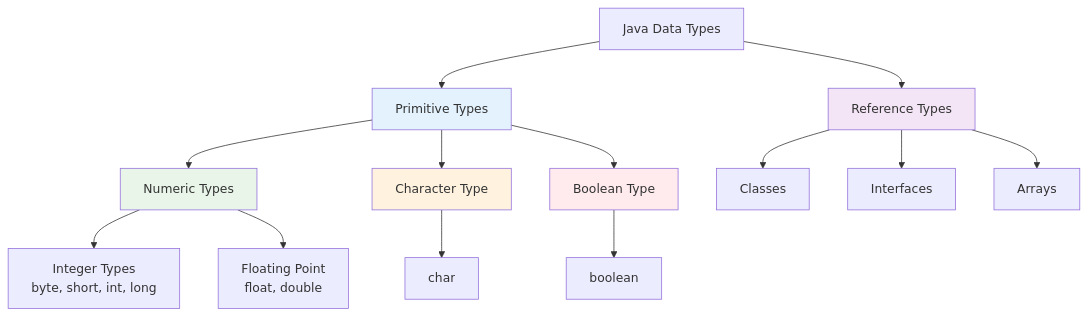
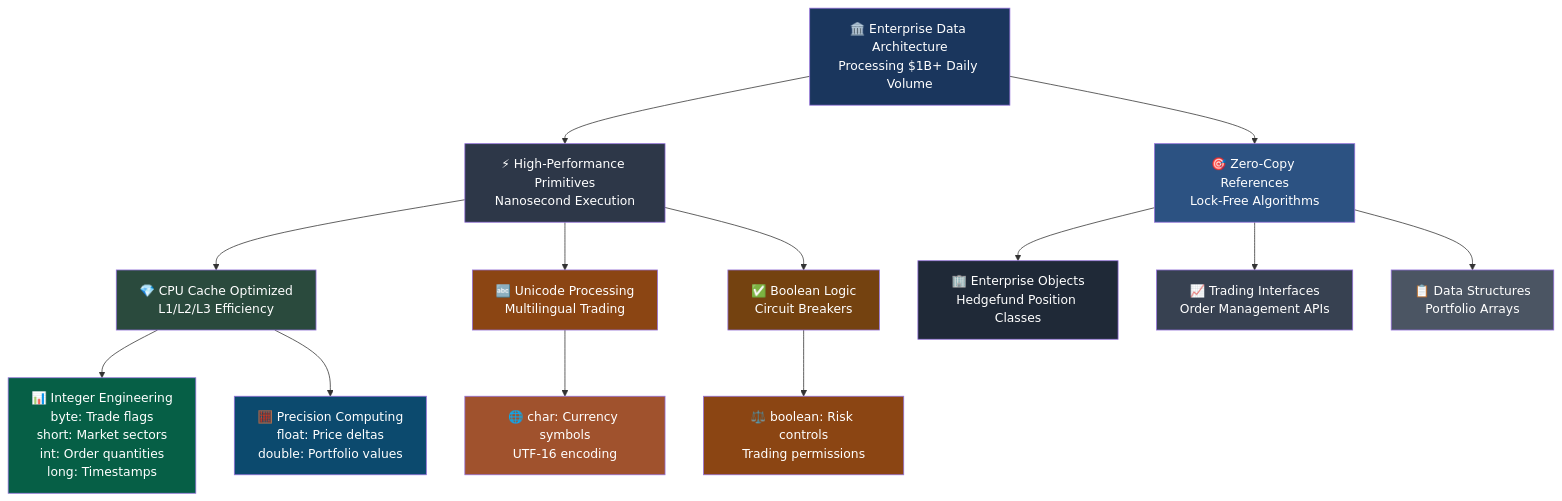
One commit to milavdabgar/studio changed the first of 3 diagrams in content/resources/study-materials/32-ict/sem-4/4343203-java/slidev/lecture-04-data-types-and-variables.md. Above: the diagram before and after it, drawn with Mermaid. The commit also changed other lines of this file and 2 other files, not shown here.

First line of the commit message:
feat: Transform Java lectures 4-6 to Fortune 500 enterprise standards

````diff
--- a/content/resources/study-materials/32-ict/sem-4/4343203-java/slidev/lecture-04-data-types-and-variables.md
+++ b/content/resources/study-materials/32-ict/sem-4/4343203-java/slidev/lecture-04-data-types-and-variables.md
@@ -68,25 +116,33 @@
 ```mermaid
 graph TD
-    A[Java Data Types] --> B[Primitive Types]
-    A --> C[Reference Types]
+    A[🏛️ Enterprise Data Architecture<br/>Processing $1B+ Daily Volume] --> B[⚡ High-Performance Primitives<br/>Nanosecond Execution]
+    A --> C[🎯 Zero-Copy References<br/>Lock-Free Algorithms]
     
-    B --> D[Numeric Types]
-    B --> E[Character Type]
-    B --> F[Boolean Type]
+    B --> D[💎 CPU Cache Optimized<br/>L1/L2/L3 Efficiency]
+    B --> E[🔤 Unicode Processing<br/>Multilingual Trading]
+    B --> F[✅ Boolean Logic<br/>Circuit Breakers]
     
-    D --> G[Integer Types<br/>byte, short, int, long]
-    D --> H[Floating Point<br/>float, double]
+    D --> G[📊 Integer Engineering<br/>byte: Trade flags<br/>short: Market sectors<br/>int: Order quantities<br/>long: Timestamps]
+    D --> H[🧮 Precision Computing<br/>float: Price deltas<br/>double: Portfolio values]
     
-    E --> I[char]
-    F --> J[boolean]
+    E --> I[🌐 char: Currency symbols<br/>UTF-16 encoding]
+    F --> J[⚖️ boolean: Risk controls<br/>Trading permissions]
     
-    C --> K[Classes]
-    C --> L[Interfaces]
-    C --> M[Arrays]
+    C --> K[🏢 Enterprise Objects<br/>Hedgefund Position Classes]
+    C --> L[📈 Trading Interfaces<br/>Order Management APIs]
+    C --> M[📋 Data Structures<br/>Portfolio Arrays]
     
-    style B fill:#e3f2fd
-    style C fill:#f3e5f5
-    style D fill:#e8f5e8
-    style E fill:#fff3e0
-    style F fill:#ffebee
+    style A fill:#1a365d,color:#fff
+    style B fill:#2d3748,color:#fff
+    style C fill:#2c5282,color:#fff
+    style D fill:#2a4a3d,color:#fff
+    style E fill:#8b4513,color:#fff
+    style F fill:#744210,color:#fff
+    style G fill:#065f46,color:#fff
+    style H fill:#0c4a6e,color:#fff
+    style I fill:#a0522d,color:#fff
+    style J fill:#8b4513,color:#fff
+    style K fill:#1f2937,color:#fff
+    style L fill:#374151,color:#fff
+    style M fill:#4b5563,color:#fff
 ```
````
